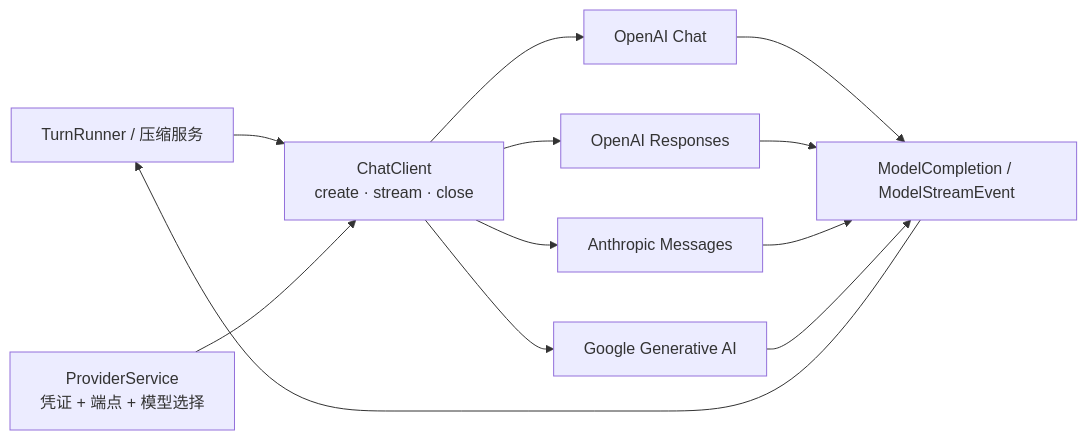
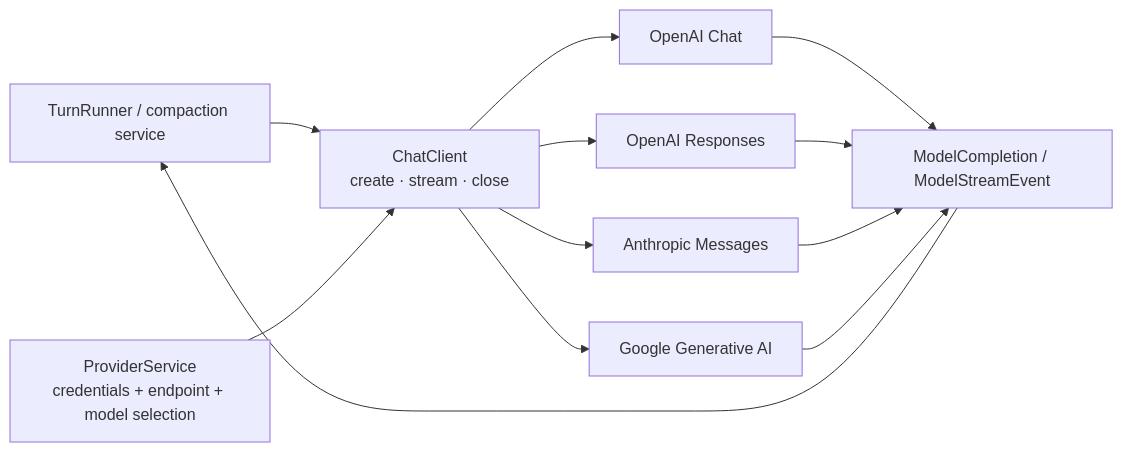
Before and after one commit to Azzurroooo/rind: the diagram in docs/internals/06-models/provider-adapters.md, drawn with Mermaid. The commit also changed other lines of this file and 109 other files, not shown here.

```diff
--- a/docs/internals/06-models/provider-adapters.md
+++ b/docs/internals/06-models/provider-adapters.md
@@ -5,11 +7,11 @@
 ~~~mermaid
 flowchart LR
-    R["TurnRunner / 压缩服务"] --> I["ChatClient<br/>create · stream · close"]
-    P["ProviderService<br/>凭证 + 端点 + 模型选择"] --> I
+    R["TurnRunner / compaction service"] --> I["ChatClient<br/>create · stream · close"]
+    P["ProviderService<br/>credentials + endpoint + model selection"] --> I
     I --> C["OpenAI Chat"]
     I --> O["OpenAI Responses"]
     I --> A["Anthropic Messages"]
     I --> G["Google Generative AI"]
     C & O & A & G --> E["ModelCompletion / ModelStreamEvent"]
     E --> R
 ~~~
```
